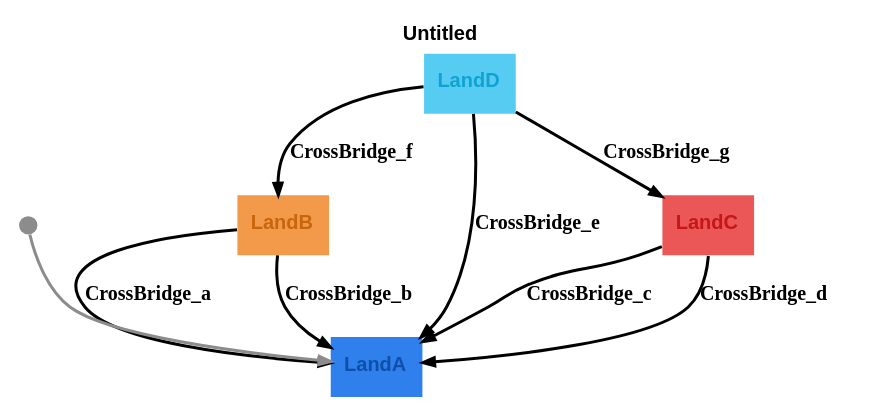
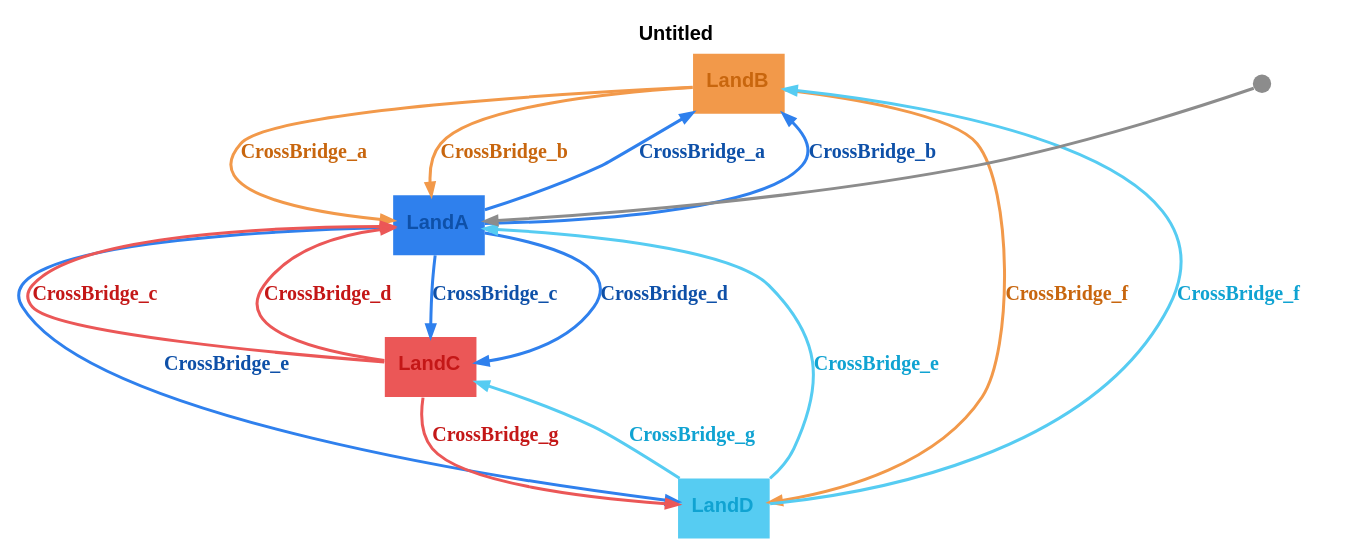
The diagram in graphs/bridges-koenigsberg.dot (m-bock/purescript-transit), drawn with Graphviz before and after one commit. The commit also changed 18 other files, not shown here.

Commit message:
Refactor state graph and transition table generation to utilize TransitCore_ directly. Update related examples and tests to ensure consistency in state management and visualization across DOT and HTML outputs.

```diff
--- a/graphs/bridges-koenigsberg.dot
+++ b/graphs/bridges-koenigsberg.dot
@@ -1,17 +1,24 @@
 digraph 
 {
 rankdir = "TD";fontname = "Arial";label = <<b>Untitled</b>>;labelloc = "t";fontsize = 12
 LandB [shape = "box", label = <<b>LandB</b>>, fontsize = 12, style = "filled", fillcolor = "#f2994a", fontcolor = "#c8660e", fontname = "Arial", labelloc = "c", penwidth = 0.0]
-LandB -> LandA [color = "#000000", fontcolor = "#000000", fontsize = 12, arrowsize = "0.7", label = <<b>CrossBridge_a</b>>, penwidth = 1.8]
-LandB -> LandA [color = "#000000", fontcolor = "#000000", fontsize = 12, arrowsize = "0.7", label = <<b>CrossBridge_b</b>>, penwidth = 1.8]
+LandB -> LandA [color = "#f2994a", fontcolor = "#c8660e", fontsize = 12, arrowsize = "0.7", label = <<b>CrossBridge_a</b>>, penwidth = 1.8]
+LandB -> LandA [color = "#f2994a", fontcolor = "#c8660e", fontsize = 12, arrowsize = "0.7", label = <<b>CrossBridge_b</b>>, penwidth = 1.8]
+LandB -> LandD [color = "#f2994a", fontcolor = "#c8660e", fontsize = 12, arrowsize = "0.7", label = <<b>CrossBridge_f</b>>, penwidth = 1.8]
 LandA [shape = "box", label = <<b>LandA</b>>, fontsize = 12, style = "filled", fillcolor = "#2f80ed", fontcolor = "#0e50a8", fontname = "Arial", labelloc = "c", penwidth = 0.0]
 __Start__ [shape = "circle", label = "", width = 0.15, height = 0.15, fixedsize = true, style = "filled", fillcolor = "#8c8c8c", penwidth = 0.0]
 __Start__ -> LandA [color = "#8c8c8c", fontsize = 12, arrowsize = "0.7", penwidth = 1.8]
+LandA -> LandB [color = "#2f80ed", fontcolor = "#0e50a8", fontsize = 12, arrowsize = "0.7", label = <<b>CrossBridge_a</b>>, penwidth = 1.8]
+LandA -> LandB [color = "#2f80ed", fontcolor = "#0e50a8", fontsize = 12, arrowsize = "0.7", label = <<b>CrossBridge_b</b>>, penwidth = 1.8]
+LandA -> LandC [color = "#2f80ed", fontcolor = "#0e50a8", fontsize = 12, arrowsize = "0.7", label = <<b>CrossBridge_c</b>>, penwidth = 1.8]
+LandA -> LandC [color = "#2f80ed", fontcolor = "#0e50a8", fontsize = 12, arrowsize = "0.7", label = <<b>CrossBridge_d</b>>, penwidth = 1.8]
+LandA -> LandD [color = "#2f80ed", fontcolor = "#0e50a8", fontsize = 12, arrowsize = "0.7", label = <<b>CrossBridge_e</b>>, penwidth = 1.8]
 LandC [shape = "box", label = <<b>LandC</b>>, fontsize = 12, style = "filled", fillcolor = "#eb5757", fontcolor = "#c41717", fontname = "Arial", labelloc = "c", penwidth = 0.0]
-LandC -> LandA [color = "#000000", fontcolor = "#000000", fontsize = 12, arrowsize = "0.7", label = <<b>CrossBridge_c</b>>, penwidth = 1.8]
-LandC -> LandA [color = "#000000", fontcolor = "#000000", fontsize = 12, arrowsize = "0.7", label = <<b>CrossBridge_d</b>>, penwidth = 1.8]
+LandC -> LandA [color = "#eb5757", fontcolor = "#c41717", fontsize = 12, arrowsize = "0.7", label = <<b>CrossBridge_c</b>>, penwidth = 1.8]
+LandC -> LandA [color = "#eb5757", fontcolor = "#c41717", fontsize = 12, arrowsize = "0.7", label = <<b>CrossBridge_d</b>>, penwidth = 1.8]
+LandC -> LandD [color = "#eb5757", fontcolor = "#c41717", fontsize = 12, arrowsize = "0.7", label = <<b>CrossBridge_g</b>>, penwidth = 1.8]
 LandD [shape = "box", label = <<b>LandD</b>>, fontsize = 12, style = "filled", fillcolor = "#56ccf2", fontcolor = "#10a3d2", fontname = "Arial", labelloc = "c", penwidth = 0.0]
-LandD -> LandA [color = "#000000", fontcolor = "#000000", fontsize = 12, arrowsize = "0.7", label = <<b>CrossBridge_e</b>>, penwidth = 1.8]
-LandD -> LandB [color = "#000000", fontcolor = "#000000", fontsize = 12, arrowsize = "0.7", label = <<b>CrossBridge_f</b>>, penwidth = 1.8]
-LandD -> LandC [color = "#000000", fontcolor = "#000000", fontsize = 12, arrowsize = "0.7", label = <<b>CrossBridge_g</b>>, penwidth = 1.8]
+LandD -> LandA [color = "#56ccf2", fontcolor = "#10a3d2", fontsize = 12, arrowsize = "0.7", label = <<b>CrossBridge_e</b>>, penwidth = 1.8]
+LandD -> LandB [color = "#56ccf2", fontcolor = "#10a3d2", fontsize = 12, arrowsize = "0.7", label = <<b>CrossBridge_f</b>>, penwidth = 1.8]
+LandD -> LandC [color = "#56ccf2", fontcolor = "#10a3d2", fontsize = 12, arrowsize = "0.7", label = <<b>CrossBridge_g</b>>, penwidth = 1.8]
 }
```
